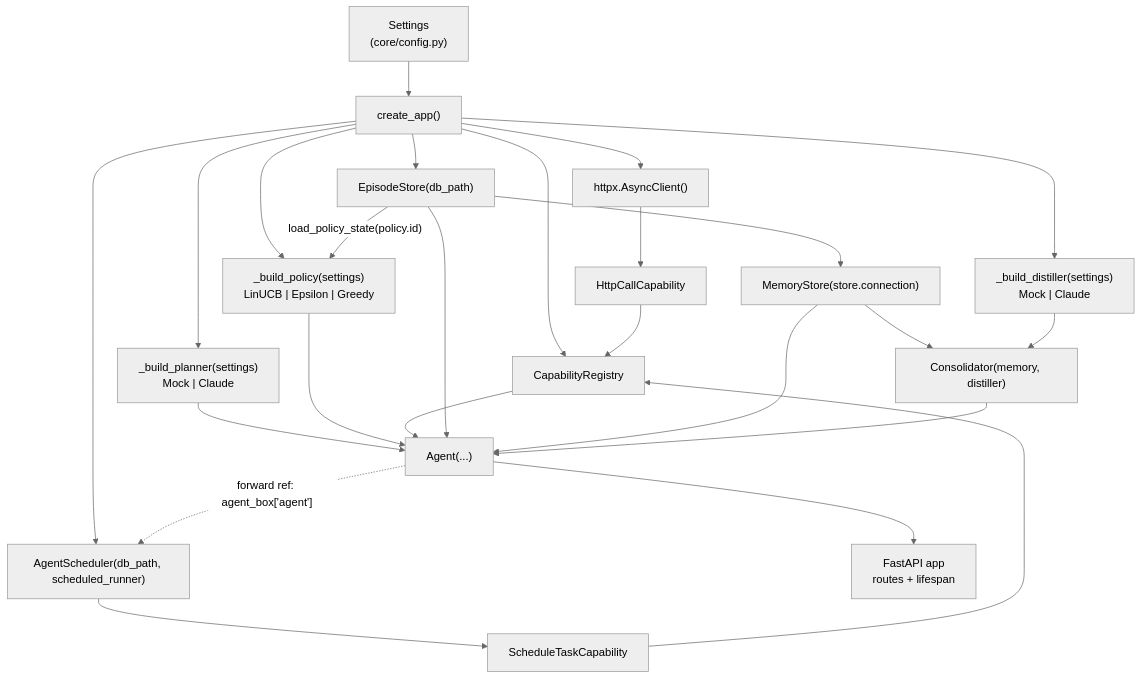
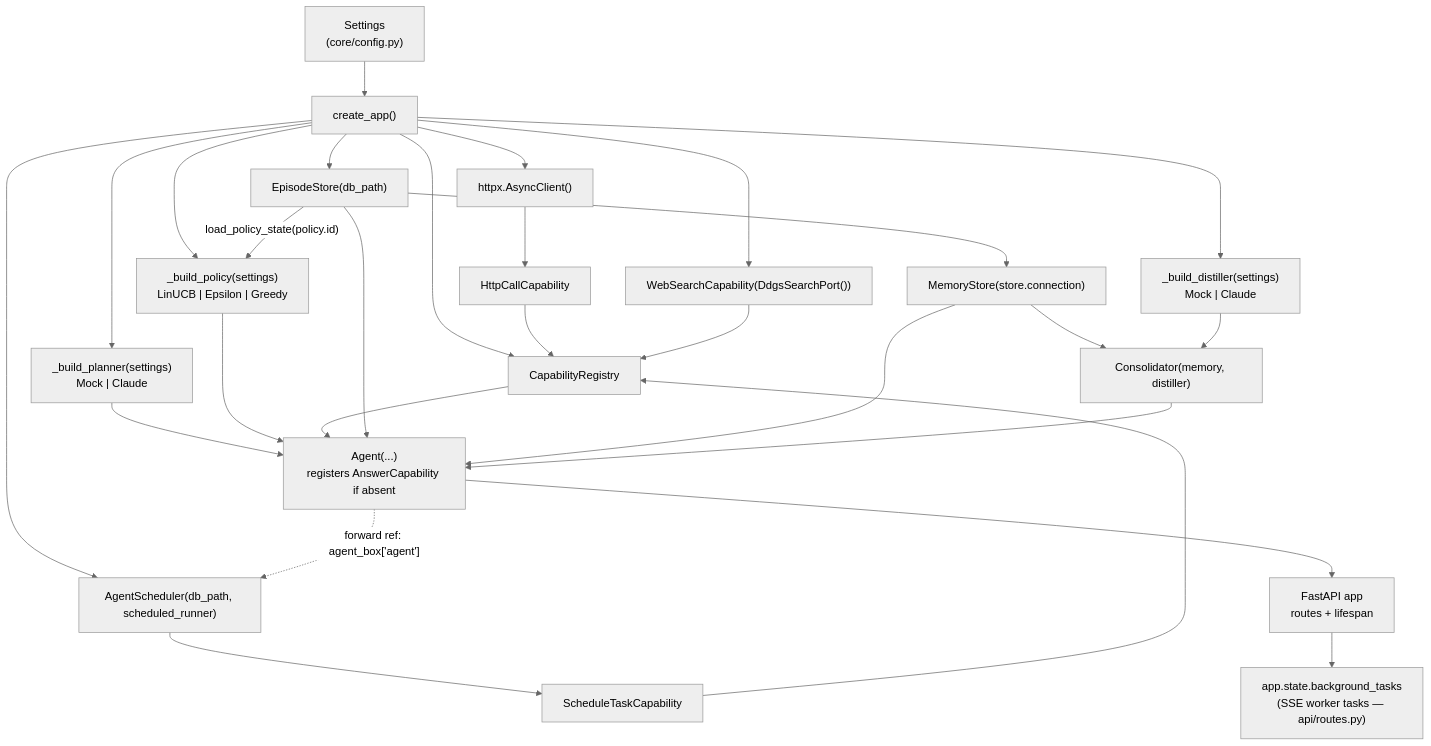
One commit to nadermedhet148/agentic-rl changed the fifth of 6 diagrams in docs/ARCHITECTURE.md. Above: the diagram before and after it, drawn with Mermaid (neutral theme). The commit also changed other lines of this file and 35 other files, not shown here.

Commit message:
feat: add initial implementation of agentic RL framework with core logic, LLM planners, and web api

````diff
--- a/docs/ARCHITECTURE.md
+++ b/docs/ARCHITECTURE.md
@@ -278,25 +298,27 @@
 ```mermaid
 graph TB
     Settings["Settings<br/>(core/config.py)"] --> create_app["create_app()"]
     create_app --> httpClient["httpx.AsyncClient()"]
     create_app --> store["EpisodeStore(db_path)"]
     store --> memory["MemoryStore(store.connection)"]
     create_app --> registry["CapabilityRegistry"]
     httpClient --> HttpCap2["HttpCallCapability"] --> registry
     create_app --> agentScheduler["AgentScheduler(db_path, scheduled_runner)"]
     agentScheduler --> SchedCap2["ScheduleTaskCapability"] --> registry
+    create_app --> SearchCap2["WebSearchCapability(DdgsSearchPort())"] --> registry
     create_app --> planner2["_build_planner(settings)<br/>Mock | Claude"]
     create_app --> policy2["_build_policy(settings)<br/>LinUCB | Epsilon | Greedy"]
     store -->|"load_policy_state(policy.id)"| policy2
     create_app --> distiller2["_build_distiller(settings)<br/>Mock | Claude"]
     memory --> consolidator["Consolidator(memory, distiller)"]
     distiller2 --> consolidator
-    planner2 --> agent2["Agent(...)"]
+    planner2 --> agent2["Agent(...)<br/>registers AnswerCapability if absent"]
     policy2 --> agent2
     registry --> agent2
     store --> agent2
     memory --> agent2
     consolidator --> agent2
     agent2 -.->|"forward ref: agent_box['agent']"| agentScheduler
     agent2 --> FastAPI["FastAPI app<br/>routes + lifespan"]
+    FastAPI --> bgTasks["app.state.background_tasks<br/>(SSE worker tasks — api/routes.py)"]
 ```
````
